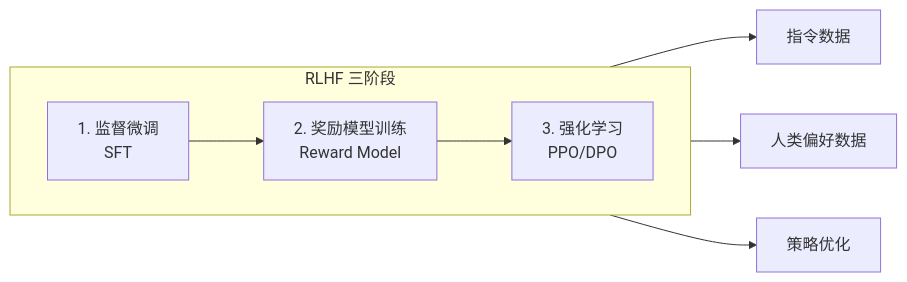
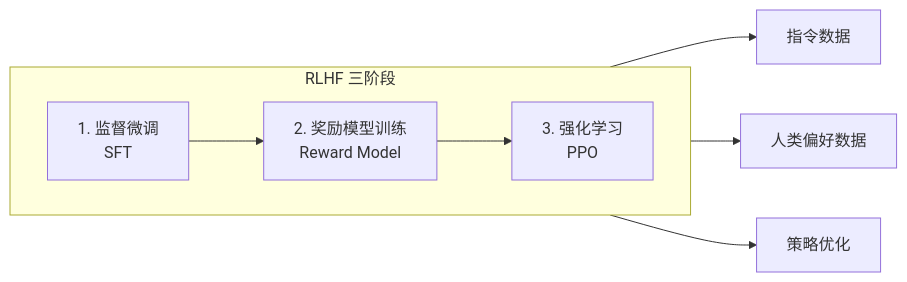
The second of 2 diagrams in 02_fundamentals/2.4_alignment_intro.md (yeasy/ai_security_guide), drawn with Mermaid before and after one commit. The commit also changed other lines of this file and 25 other files, not shown here.

````diff
--- a/02_fundamentals/2.4_alignment_intro.md
+++ b/02_fundamentals/2.4_alignment_intro.md
@@ -75,12 +77,12 @@
 ```mermaid
 flowchart LR
     subgraph rlhf_stages ["RLHF 三阶段"]
         direction LR
         A["1. 监督微调<br/>SFT"] --> B["2. 奖励模型训练<br/>Reward Model"]
-        B --> C["3. 强化学习<br/>PPO/DPO"]
+        B --> C["3. 强化学习<br/>PPO"]
     end
 
     A --> A1["指令数据"]
     B --> B1["人类偏好数据"]
     C --> C1["策略优化"]
 ```
````
